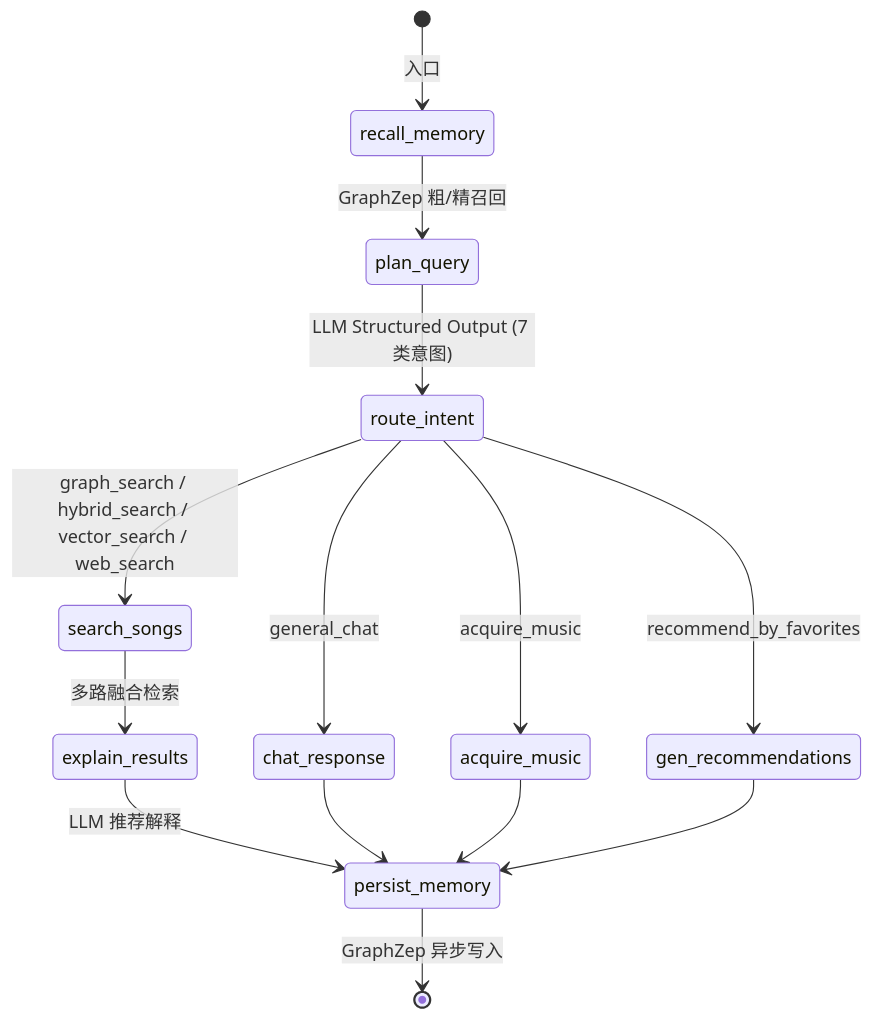
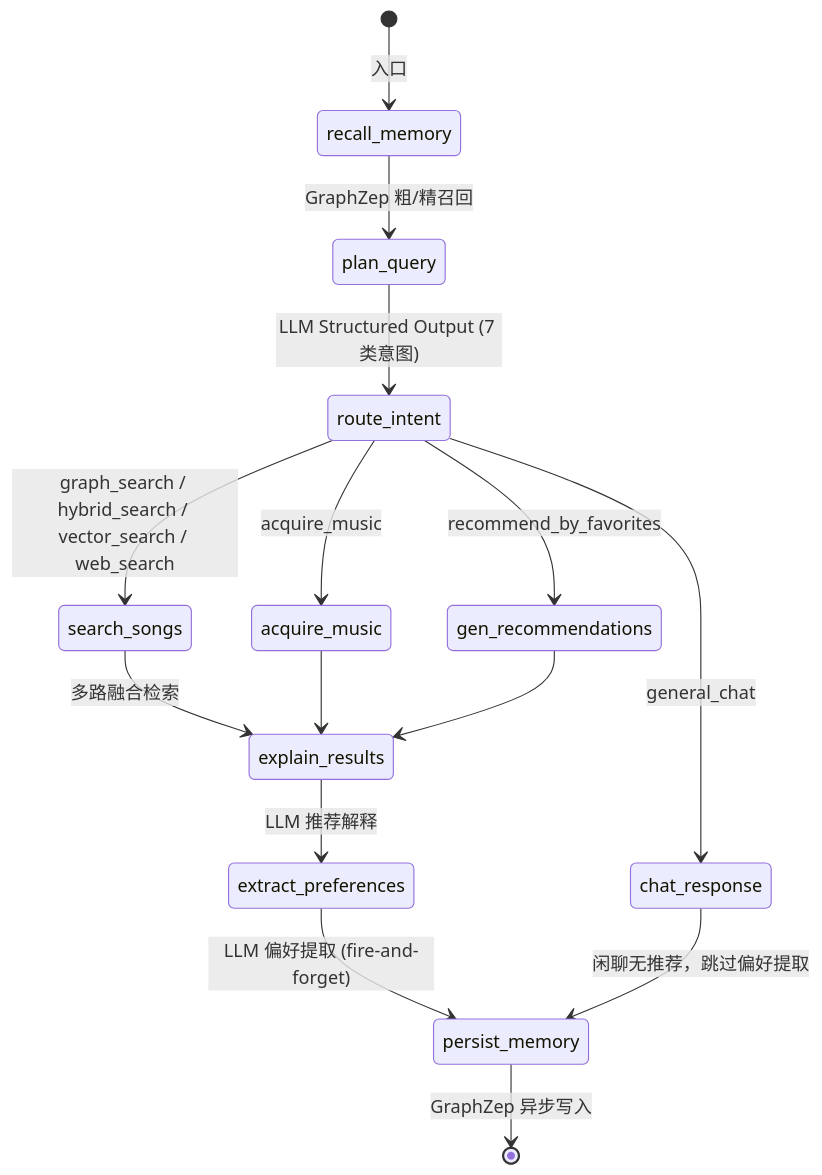
The first of 2 diagrams in README.md (hgsanyang/SoulTuner-Agent), drawn with Mermaid before and after one commit. The commit also changed other lines of this file and 11 other files, not shown here.

````diff
--- a/README.md
+++ b/README.md
@@ -218,20 +222,22 @@
 ```mermaid
 stateDiagram-v2
     [*] --> recall_memory: 入口
     recall_memory --> plan_query: GraphZep 粗/精召回
     plan_query --> route_intent: LLM Structured Output (7 类意图)
 
     route_intent --> search_songs: graph_search / hybrid_search / vector_search / web_search
     route_intent --> chat_response: general_chat
     route_intent --> acquire_music: acquire_music
     route_intent --> gen_recommendations: recommend_by_favorites
 
     search_songs --> explain_results: 多路融合检索
-    explain_results --> persist_memory: LLM 推荐解释
+    acquire_music --> explain_results
+    gen_recommendations --> explain_results
 
-    chat_response --> persist_memory
-    acquire_music --> persist_memory
-    gen_recommendations --> persist_memory
+    explain_results --> extract_preferences: LLM 推荐解释
+    extract_preferences --> persist_memory: LLM 偏好提取 (fire-and-forget)
+
+    chat_response --> persist_memory: 闲聊无推荐，跳过偏好提取
 
     persist_memory --> [*]: GraphZep 异步写入
 ```
````
